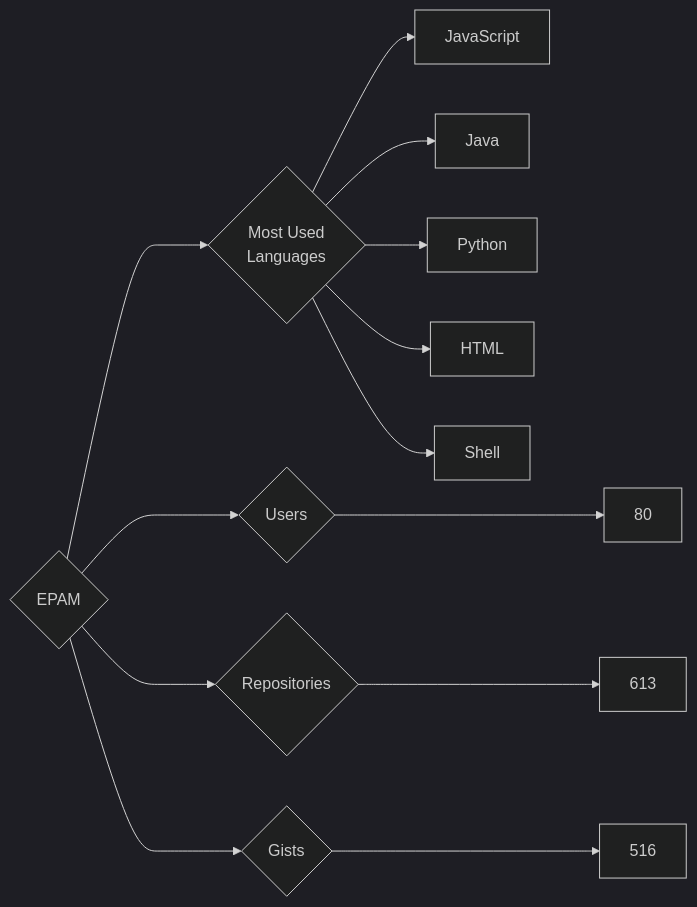
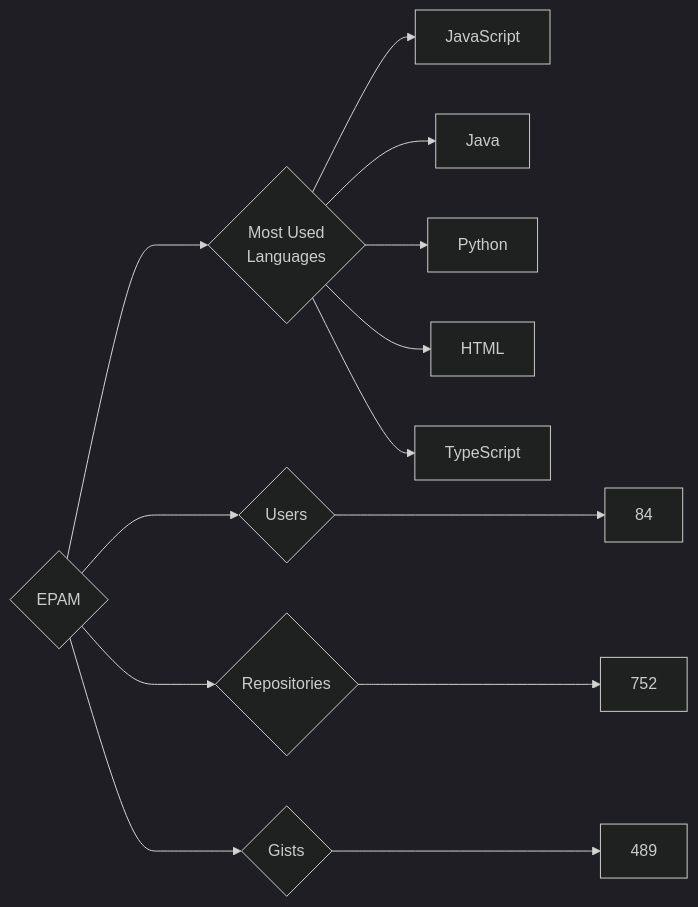
Before and after one commit to trickest/insiders: the diagram in targets/EPAM/README.md, drawn with Mermaid (dark theme). The commit also changed 773 other files, not shown here.

````diff
--- a/targets/EPAM/README.md
+++ b/targets/EPAM/README.md
@@ -3,13 +3,13 @@
 ```mermaid
 graph LR
 COMPANY_NAME{EPAM}
-COMPANY_NAME ---> U{Users} ---> UN[80]
-COMPANY_NAME ---> R{Repositories} ---> RN[613]
-COMPANY_NAME ---> G{Gists} ---> GN[516]
+COMPANY_NAME ---> U{Users} ---> UN[84]
+COMPANY_NAME ---> R{Repositories} ---> RN[752]
+COMPANY_NAME ---> G{Gists} ---> GN[489]
 COMPANY_NAME ---> ML{Most Used<br>Languages}
 ML --> JavaScript[JavaScript]
 ML --> Java[Java]
 ML --> Python[Python]
 ML --> HTML[HTML]
-ML --> Shell[Shell]
+ML --> TypeScript[TypeScript]
 ```
````
